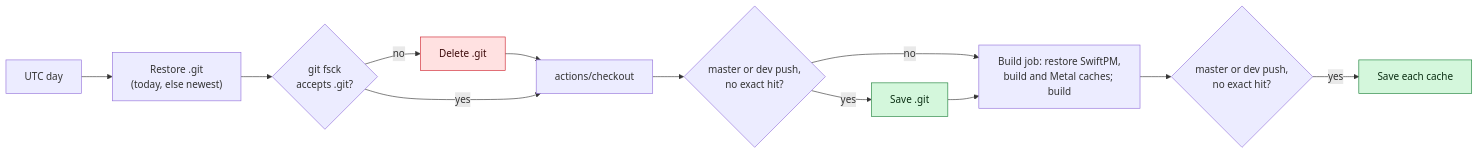
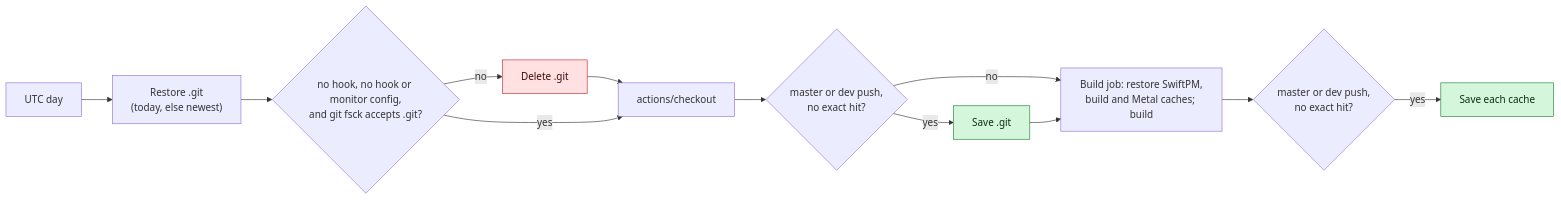
The second of 2 diagrams in docs/developer/build.md (Layr-Labs/d-inference), drawn with Mermaid before and after one commit. The commit also changed other lines of this file and 28 other files, not shown here.

````diff
--- a/docs/developer/build.md
+++ b/docs/developer/build.md
@@ -724,17 +793,17 @@
 ```mermaid
 flowchart LR
   W[UTC day] --> R["Restore .git<br/>(today, else newest)"]
-  R --> V{"git fsck<br/>accepts .git?"}
+  R --> V{"no hook, no hook or monitor config,<br/>and git fsck accepts .git?"}
   V -- no --> D[Delete .git] --> K
   V -- yes --> K[actions/checkout]
   K --> G{"master or dev push,<br/>no exact hit?"}
   G -- yes --> S[Save .git]
   G -- no --> B
   S --> B["Build job: restore SwiftPM,<br/>build and Metal caches; build"]
   B --> M{"master or dev push,<br/>no exact hit?"}
   M -- yes --> T[Save each cache]
   classDef save fill:#d4f7dc,stroke:#1a7f37,color:#0b2e13
   classDef fail fill:#ffe1e1,stroke:#cf222e,color:#3d0a0a
   class S,T save
   class D fail
 ```
````
